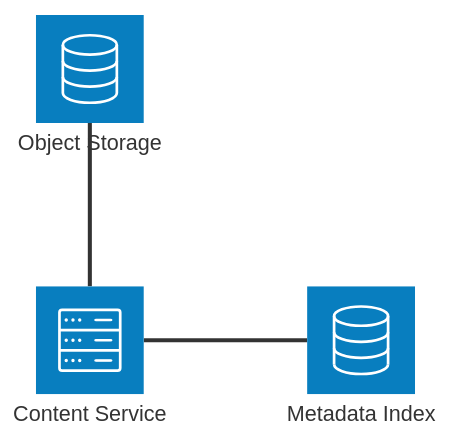
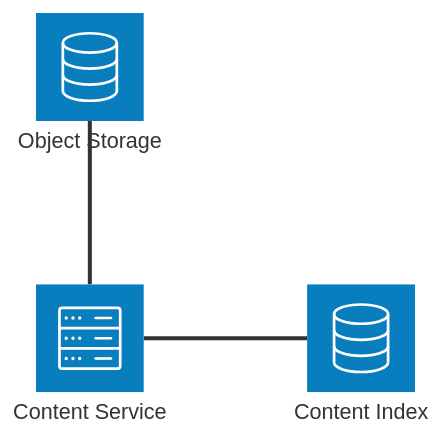
The diagram in docs/content/design/content_service/_index.md (z5labs/griot), drawn with Mermaid before and after one commit. The commit also changed 1 other file, not shown here.

Commit message:
docs(issue-27): documented upload content v1 functionality

````diff
--- a/docs/content/design/content_service/_index.md
+++ b/docs/content/design/content_service/_index.md
@@ -12,9 +12,9 @@
 ```mermaid
 architecture-beta
     service content(server)[Content Service]
-    service index(database)[Metadata Index]
+    service index(database)[Content Index]
     service objects(database)[Object Storage]
 
     content:R -- L:index
     content:T -- B:objects
 ```
````
